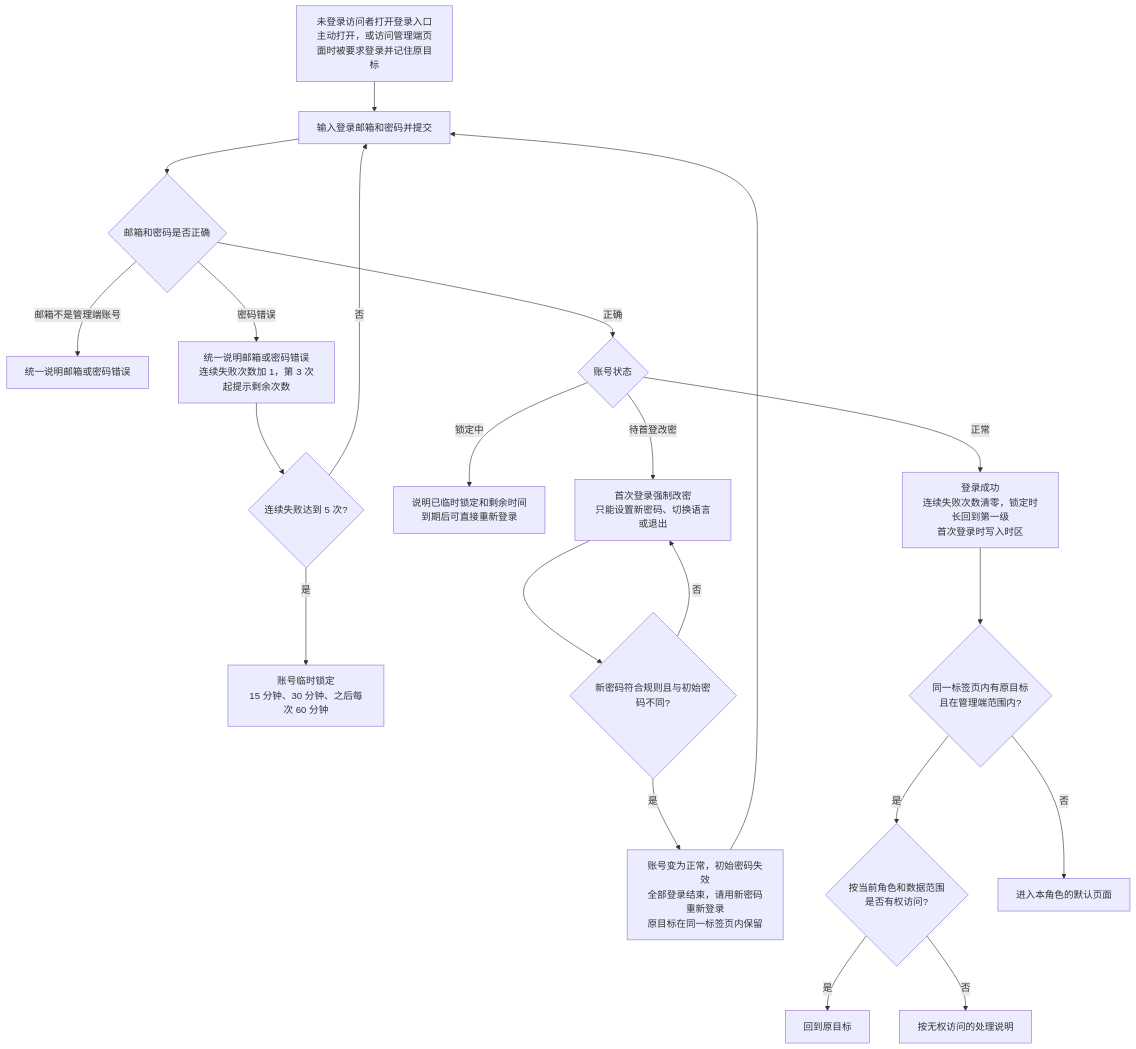
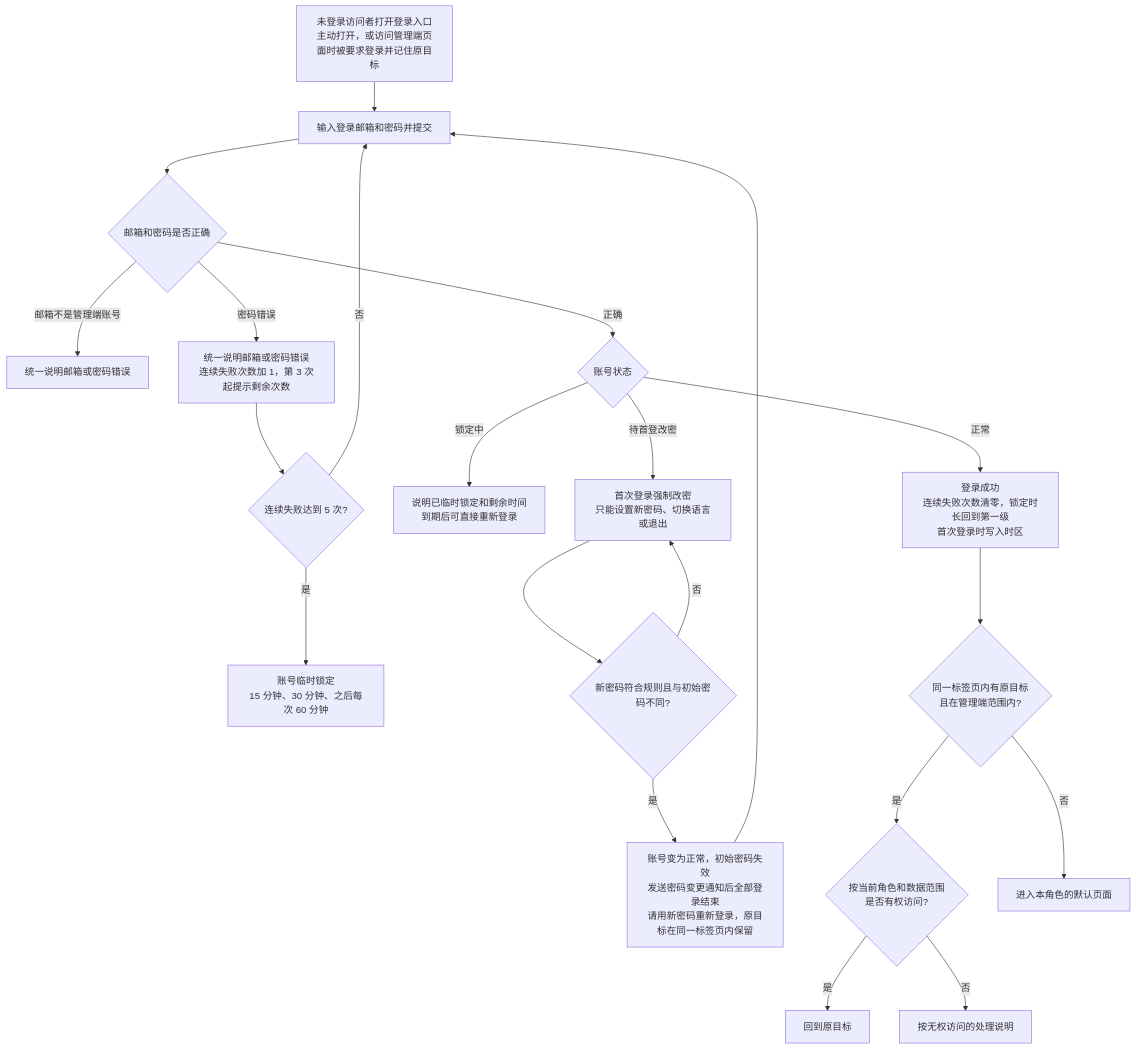
One commit to wxblockchain/Chain-Financing changed the first of 9 diagrams in token-issuance-platform/PRD/管理端/M5-管理端登录与权限/02-管理端登录与权限-流程图与状态机.md. Above: the diagram before and after it, drawn with Mermaid. The commit also changed other lines of this file and 33 other files, not shown here.

````diff
--- a/token-issuance-platform/PRD/管理端/M5-管理端登录与权限/02-管理端登录与权限-流程图与状态机.md
+++ b/token-issuance-platform/PRD/管理端/M5-管理端登录与权限/02-管理端登录与权限-流程图与状态机.md
@@ -21,23 +22,23 @@
 ```mermaid
 flowchart TD
     A[未登录访问者打开登录入口<br/>主动打开，或访问管理端页面时被要求登录并记住原目标] --> B[输入登录邮箱和密码并提交]
     B --> C{邮箱和密码是否正确}
     C -->|邮箱不是管理端账号| D[统一说明邮箱或密码错误]
     C -->|密码错误| E[统一说明邮箱或密码错误<br/>连续失败次数加 1，第 3 次起提示剩余次数]
     E --> E1{连续失败达到 5 次?}
     E1 -->|否| B
     E1 -->|是| E2[账号临时锁定<br/>15 分钟、30 分钟、之后每次 60 分钟]
     C -->|正确| F{账号状态}
     F -->|锁定中| G[说明已临时锁定和剩余时间<br/>到期后可直接重新登录]
     F -->|待首登改密| H[首次登录强制改密<br/>只能设置新密码、切换语言或退出]
     H --> H1{新密码符合规则且与初始密码不同?}
     H1 -->|否| H
-    H1 -->|是| H2[账号变为正常，初始密码失效<br/>全部登录结束，请用新密码重新登录<br/>原目标在同一标签页内保留]
+    H1 -->|是| H2[账号变为正常，初始密码失效<br/>发送密码变更通知后全部登录结束<br/>请用新密码重新登录，原目标在同一标签页内保留]
     H2 --> B
     F -->|正常| I[登录成功<br/>连续失败次数清零，锁定时长回到第一级<br/>首次登录时写入时区]
     I --> J{同一标签页内有原目标<br/>且在管理端范围内?}
     J -->|是| K{按当前角色和数据范围<br/>是否有权访问?}
     K -->|是| L[回到原目标]
     K -->|否| M[按无权访问的处理说明]
     J -->|否| N[进入本角色的默认页面]
 ```
````
